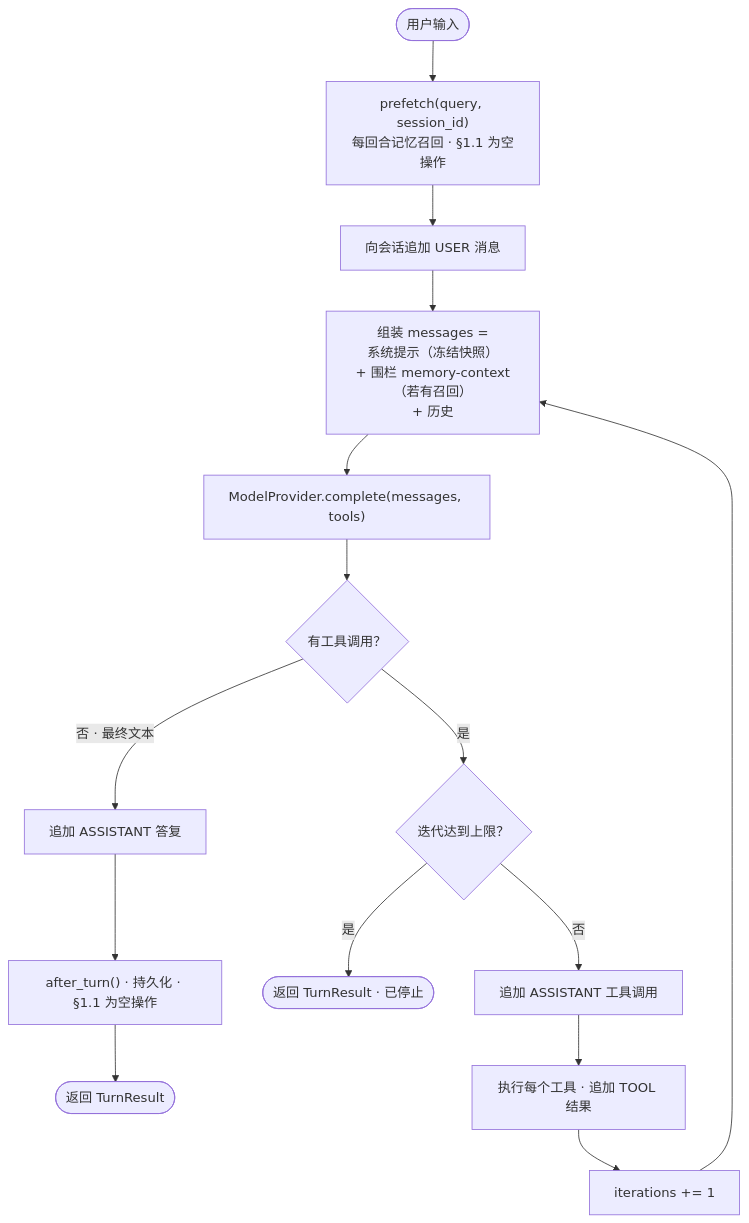
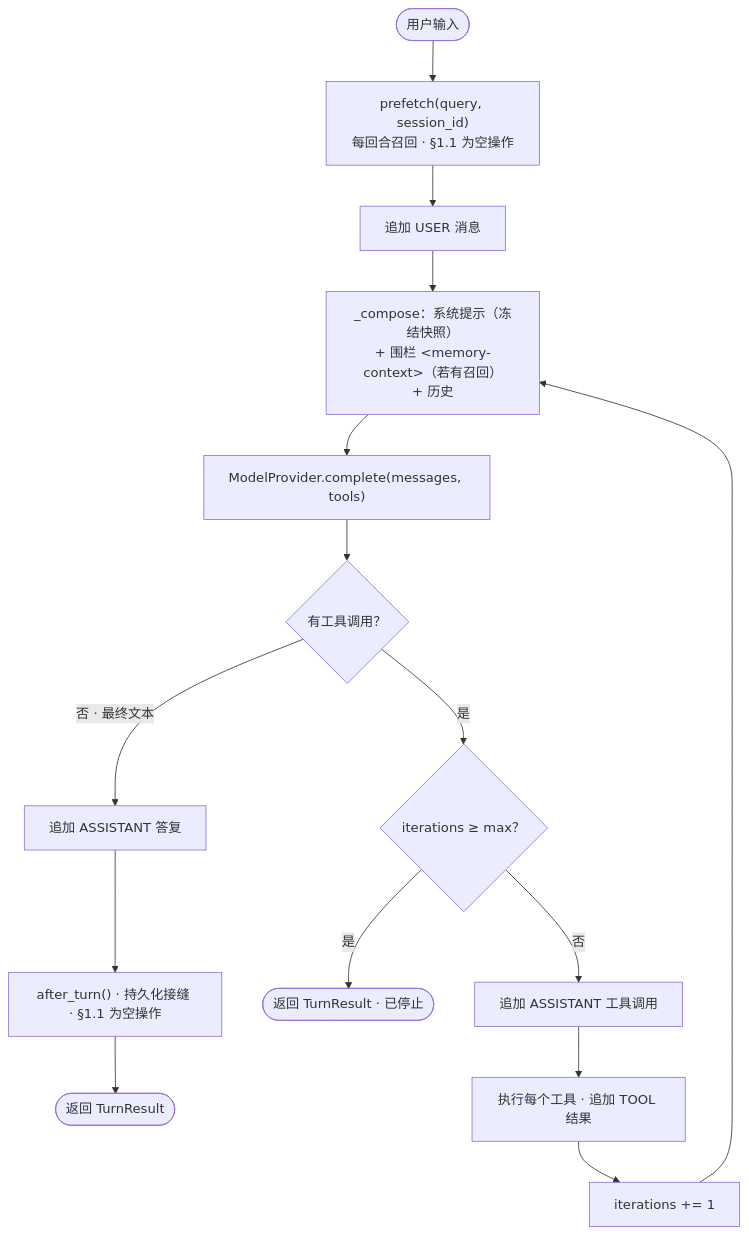
Before and after one commit to Ruihang2017/Jobpin-Agent: the first of 2 diagrams in site/devlog/p0-1.1-agent-core.md, drawn with Mermaid. The commit also changed other lines of this file and 5 other files, not shown here.

````diff
--- a/site/devlog/p0-1.1-agent-core.md
+++ b/site/devlog/p0-1.1-agent-core.md
@@ -49,17 +309,17 @@
 ```mermaid
 flowchart TD
-    A([用户输入]) --> B["prefetch(query, session_id)<br/>每回合记忆召回 · §1.1 为空操作"]
-    B --> C["向会话追加 USER 消息"]
-    C --> D["组装 messages =<br/>系统提示（冻结快照）<br/>+ 围栏 memory-context（若有召回）<br/>+ 历史"]
+    A([用户输入]) --> B["prefetch(query, session_id)<br/>每回合召回 · §1.1 为空操作"]
+    B --> C["追加 USER 消息"]
+    C --> D["_compose：系统提示（冻结快照）<br/>+ 围栏 &lt;memory-context&gt;（若有召回）<br/>+ 历史"]
     D --> E["ModelProvider.complete(messages, tools)"]
     E --> F{"有工具调用？"}
     F -- "否 · 最终文本" --> G["追加 ASSISTANT 答复"]
-    G --> H["after_turn() · 持久化 · §1.1 为空操作"]
+    G --> H["after_turn() · 持久化接缝 · §1.1 为空操作"]
     H --> I([返回 TurnResult])
-    F -- "是" --> J{"迭代达到上限？"}
+    F -- "是" --> J{"iterations &ge; max？"}
     J -- "是" --> K([返回 TurnResult · 已停止])
     J -- "否" --> L["追加 ASSISTANT 工具调用"]
     L --> M["执行每个工具 · 追加 TOOL 结果"]
     M --> N["iterations += 1"]
     N --> D
 ```
````
